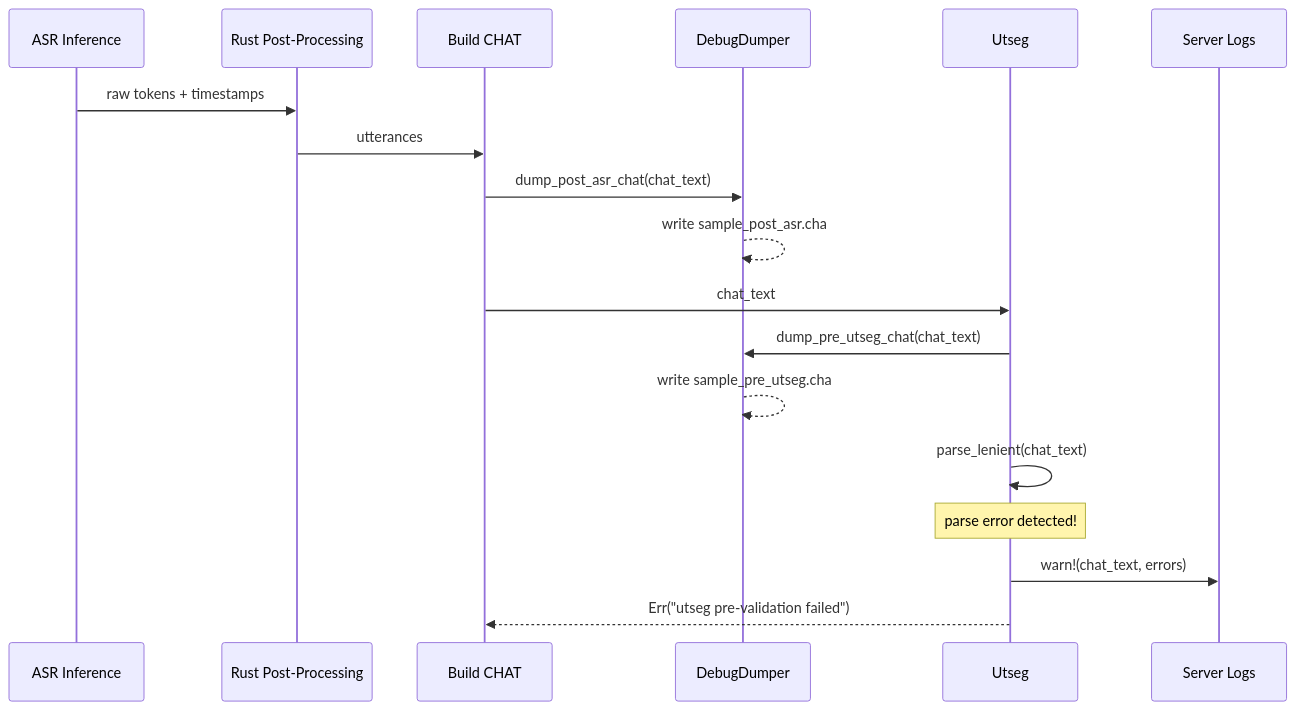
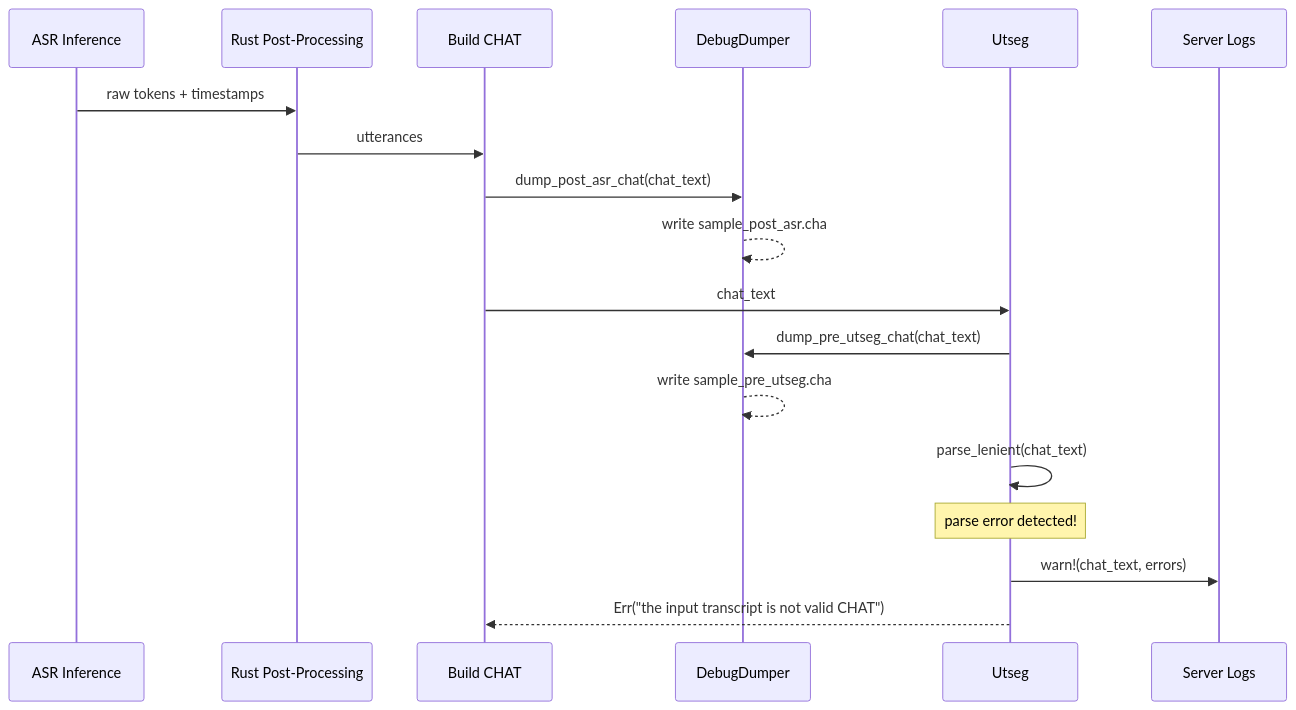
The third of 3 diagrams in book/src/batchalign/developer/tracing-and-debugging.md (FranklinChen/talkbank-tools), drawn with Mermaid before and after one commit. The commit also changed 523 other files, not shown here.

````diff
--- a/book/src/batchalign/developer/tracing-and-debugging.md
+++ b/book/src/batchalign/developer/tracing-and-debugging.md
@@ -445,21 +445,21 @@
 ```mermaid
 sequenceDiagram
     participant ASR as ASR Inference
     participant PP as Rust Post-Processing
     participant BC as Build CHAT
     participant DD as DebugDumper
     participant UT as Utseg
     participant LOG as Server Logs
 
     ASR->>PP: raw tokens + timestamps
     PP->>BC: utterances
     BC->>DD: dump_post_asr_chat(chat_text)
     DD-->>DD: write sample_post_asr.cha
     BC->>UT: chat_text
     UT->>DD: dump_pre_utseg_chat(chat_text)
     DD-->>DD: write sample_pre_utseg.cha
     UT->>UT: parse_lenient(chat_text)
     Note over UT: parse error detected!
     UT->>LOG: warn!(chat_text, errors)
-    UT-->>BC: Err("utseg pre-validation failed")
+    UT-->>BC: Err("the input transcript is not valid CHAT")
 ```
````
